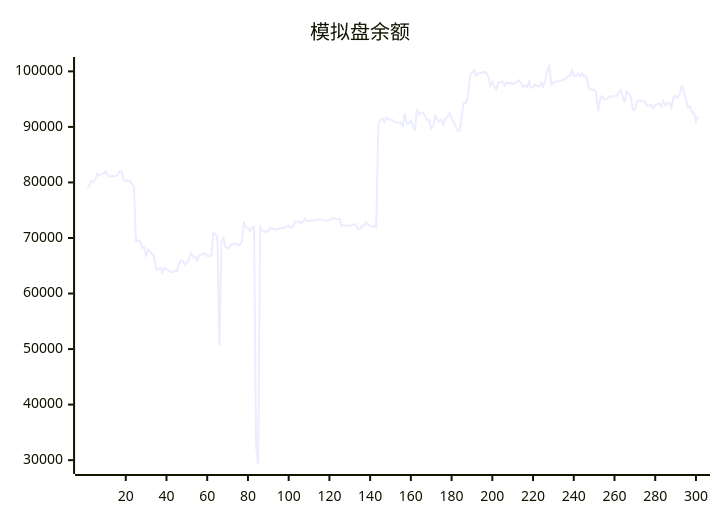
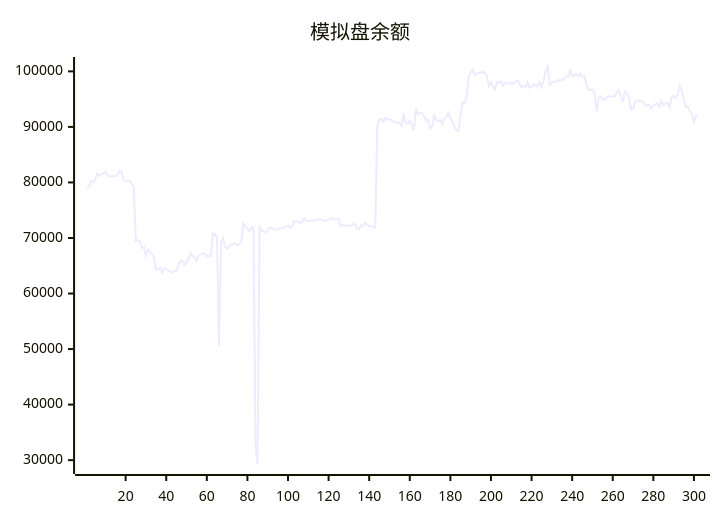
One commit to aahl/ai-trading changed the diagram in README.md. Above: the diagram before and after it, drawn with Mermaid. The commit also changed other lines of this file and 1 other file, not shown here.

````diff
--- a/README.md
+++ b/README.md
@@ -5,5 +5,5 @@
 ```mermaid
 xychart
     title "模拟盘余额"
-    line [79063,79245,80227,80016,80507,81625,81233,81544,81578,82016,81401,81019,81186,81130,81118,81306,82066,81909,80392,80304,80291,80258,79729,79261,69466,69579,69456,68251,68415,66832,67911,67462,67144,66432,64380,64375,64606,63741,64647,64324,64216,63842,63877,64079,64008,65156,65945,65888,65157,65625,66144,67284,66653,66639,65924,66925,66956,67263,67108,66766,66729,66886,70927,70673,70049,50652,69334,69973,68400,68061,68578,68877,68879,69055,68662,68822,69329,72687,71999,71760,71163,71911,71896,32500,29218,71927,71297,71305,71044,71337,71883,71822,71536,71536,71622,71723,71880,71860,72100,72216,71887,72077,72940,72976,72966,72638,72948,73497,73004,73041,73173,73160,73187,73258,73375,73351,73173,73098,73161,73305,73474,73536,73457,73413,73412,72100,72333,72164,72272,72204,72285,72461,72421,71652,71521,72267,72157,72774,72425,72144,72060,72091,71858,90185,91338,91466,90900,91678,91404,91268,91244,90903,90779,90787,90721,90187,92429,90518,90619,91070,90328,89376,93286,92202,92581,92485,91947,91196,91259,89619,90086,92063,91355,90950,91327,90373,91498,91800,92531,91603,90910,90031,89351,89334,92097,94406,94315,95455,98972,99763,100286,99229,99622,99701,99805,99938,99738,99082,97430,98094,97267,96741,98081,98013,98194,97447,97983,97789,97969,97729,97911,98043,98405,97912,97120,97448,97154,98095,97021,97191,97616,97402,97263,98035,97210,98424,100121,100876,97552,98049,98085,98228,98388,98342,98488,98750,99086,99181,100188,99107,99272,99553,99072,99636,99061,99186,97674,96679,96704,96743,96096,92830,95088,95560,94866,94995,95295,95497,95531,95527,95559,96236,96597,95538,94422,96363,95972,95418,93095,93128,94558,94795,94727,94611,94508,93857,93852,93955,93340,93862,94112,94249,93603,94682,93898,94267,94288,93490,95337,95601,95226,95879,97301,96573,95113,93569,93681,92773,92453,90953,91954]
+    line [79063,79245,80227,80016,80507,81625,81233,81544,81578,82016,81401,81019,81186,81130,81118,81306,82066,81909,80392,80304,80291,80258,79729,79261,69466,69579,69456,68251,68415,66832,67911,67462,67144,66432,64380,64375,64606,63741,64647,64324,64216,63842,63877,64079,64008,65156,65945,65888,65157,65625,66144,67284,66653,66639,65924,66925,66956,67263,67108,66766,66729,66886,70927,70673,70049,50652,69334,69973,68400,68061,68578,68877,68879,69055,68662,68822,69329,72687,71999,71760,71163,71911,71896,32500,29218,71927,71297,71305,71044,71337,71883,71822,71536,71536,71622,71723,71880,71860,72100,72216,71887,72077,72940,72976,72966,72638,72948,73497,73004,73041,73173,73160,73187,73258,73375,73351,73173,73098,73161,73305,73474,73536,73457,73413,73412,72100,72333,72164,72272,72204,72285,72461,72421,71652,71521,72267,72157,72774,72425,72144,72060,72091,71858,90185,91338,91466,90900,91678,91404,91268,91244,90903,90779,90787,90721,90187,92429,90518,90619,91070,90328,89376,93286,92202,92581,92485,91947,91196,91259,89619,90086,92063,91355,90950,91327,90373,91498,91800,92531,91603,90910,90031,89351,89334,92097,94406,94315,95455,98972,99763,100286,99229,99622,99701,99805,99938,99738,99082,97430,98094,97267,96741,98081,98013,98194,97447,97983,97789,97969,97729,97911,98043,98405,97912,97120,97448,97154,98095,97021,97191,97616,97402,97263,98035,97210,98424,100121,100876,97552,98049,98085,98228,98388,98342,98488,98750,99086,99181,100188,99107,99272,99553,99072,99636,99061,99186,97674,96679,96704,96743,96096,92830,95088,95560,94866,94995,95295,95497,95531,95527,95559,96236,96597,95538,94422,96363,95972,95418,93095,93128,94558,94795,94727,94611,94508,93857,93852,93955,93340,93862,94112,94249,93603,94682,93898,94267,94288,93490,95337,95601,95226,95879,97301,96573,95113,93569,93681,92773,92453,90953,91954,92130]
 ```
````
